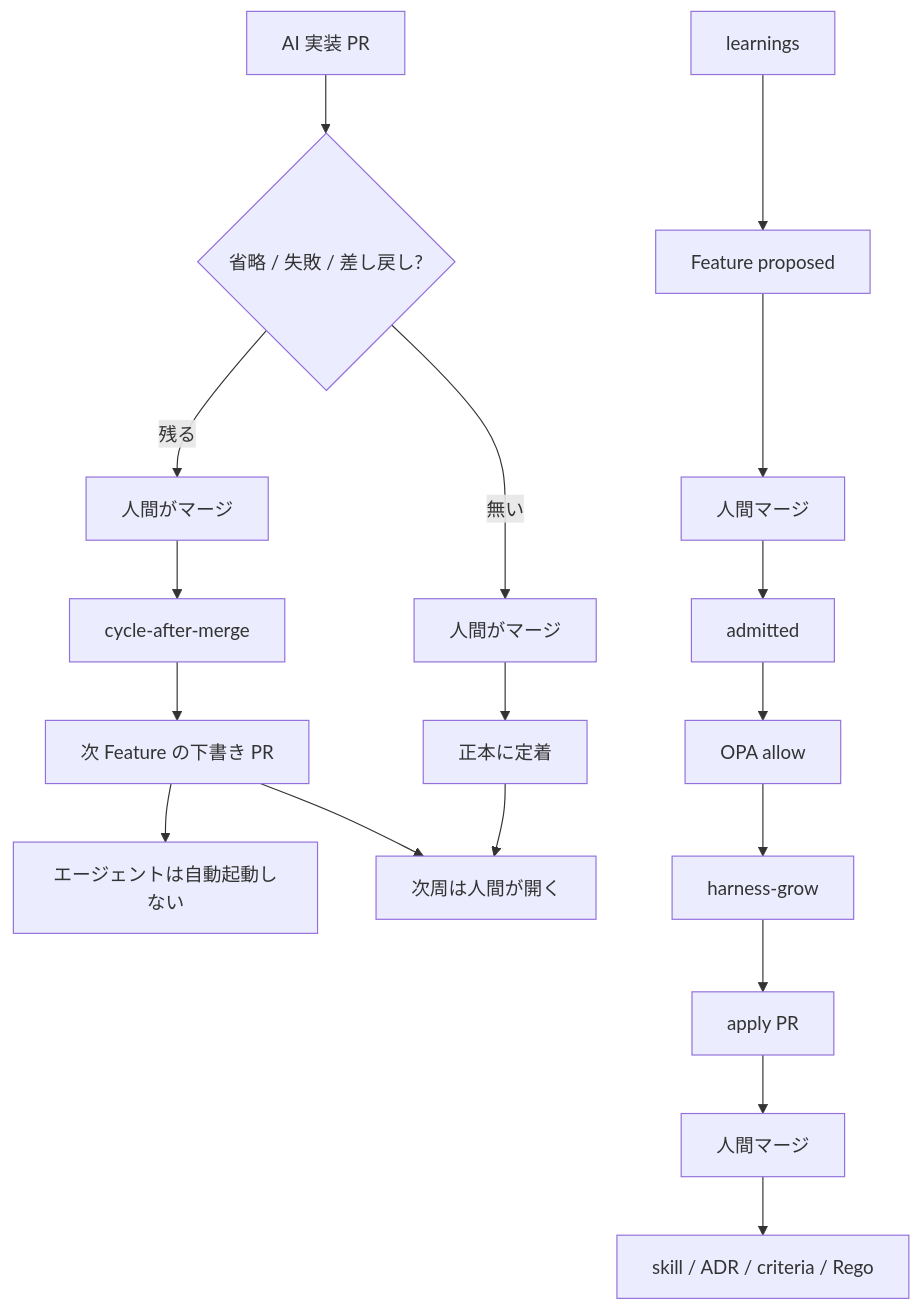
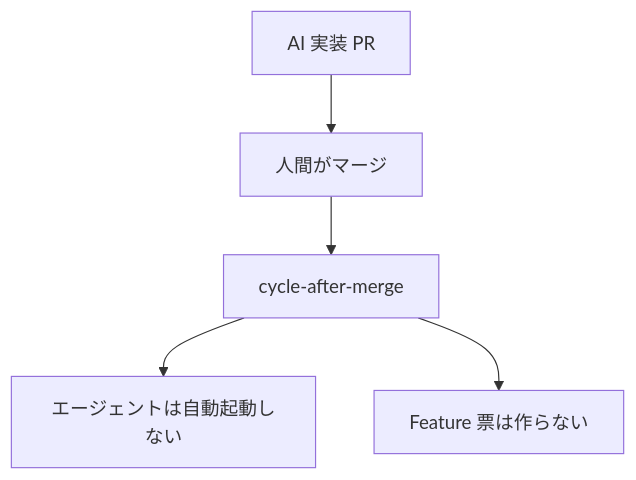
Before and after one commit to marumo333/marumo333-cursor-harness: the fourth of 4 diagrams in README.md, drawn with Mermaid. The commit also changed other lines of this file and 30 other files, not shown here.

Commit message:
fix: 機能ごとの ADR と proposed を止める

````diff
--- a/README.md
+++ b/README.md
@@ -181,20 +179,7 @@
 ```mermaid
 flowchart TD
-  AIPR["AI 実装 PR"] --> Q{"省略 / 失敗 / 差し戻し?"}
-  Q -->|残る| Merge1["人間がマージ"]
-  Q -->|無い| Merge2["人間がマージ"]
+  AIPR["AI 実装 PR"] --> Merge1["人間がマージ"]
   Merge1 --> CAM["cycle-after-merge"]
-  CAM --> Draft["次 Feature の下書き PR"]
-  Draft --> Stop["エージェントは自動起動しない"]
-  Merge2 --> Grow["正本に定着"]
-  Grow --> Next["次周は人間が開く"]
-  Draft --> Next
-  L["learnings"] --> FP["Feature proposed"]
-  FP --> HM2["人間マージ"]
-  HM2 --> Adm["admitted"]
-  Adm --> Allow["OPA allow"]
-  Allow --> HG["harness-grow"]
-  HG --> PR3["apply PR"]
-  PR3 --> HM3["人間マージ"]
-  HM3 --> CanonOut["skill / ADR / criteria / Rego"]
+  CAM --> Stop["エージェントは自動起動しない"]
+  CAM --> NoFeat["Feature 票は作らない"]
 ```
````
